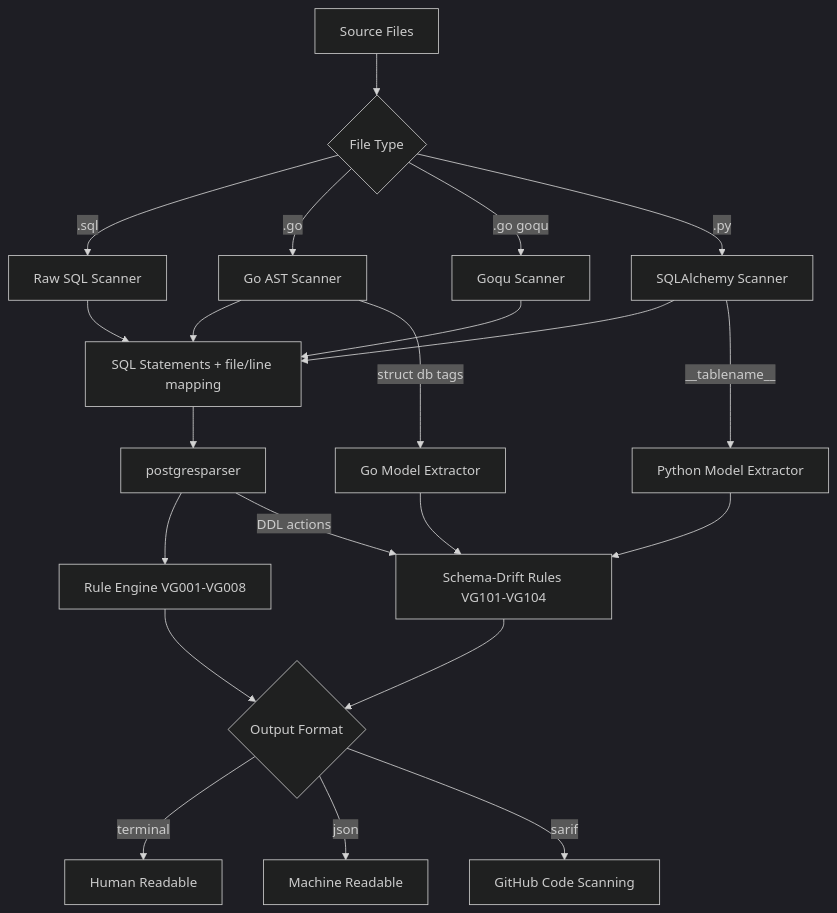
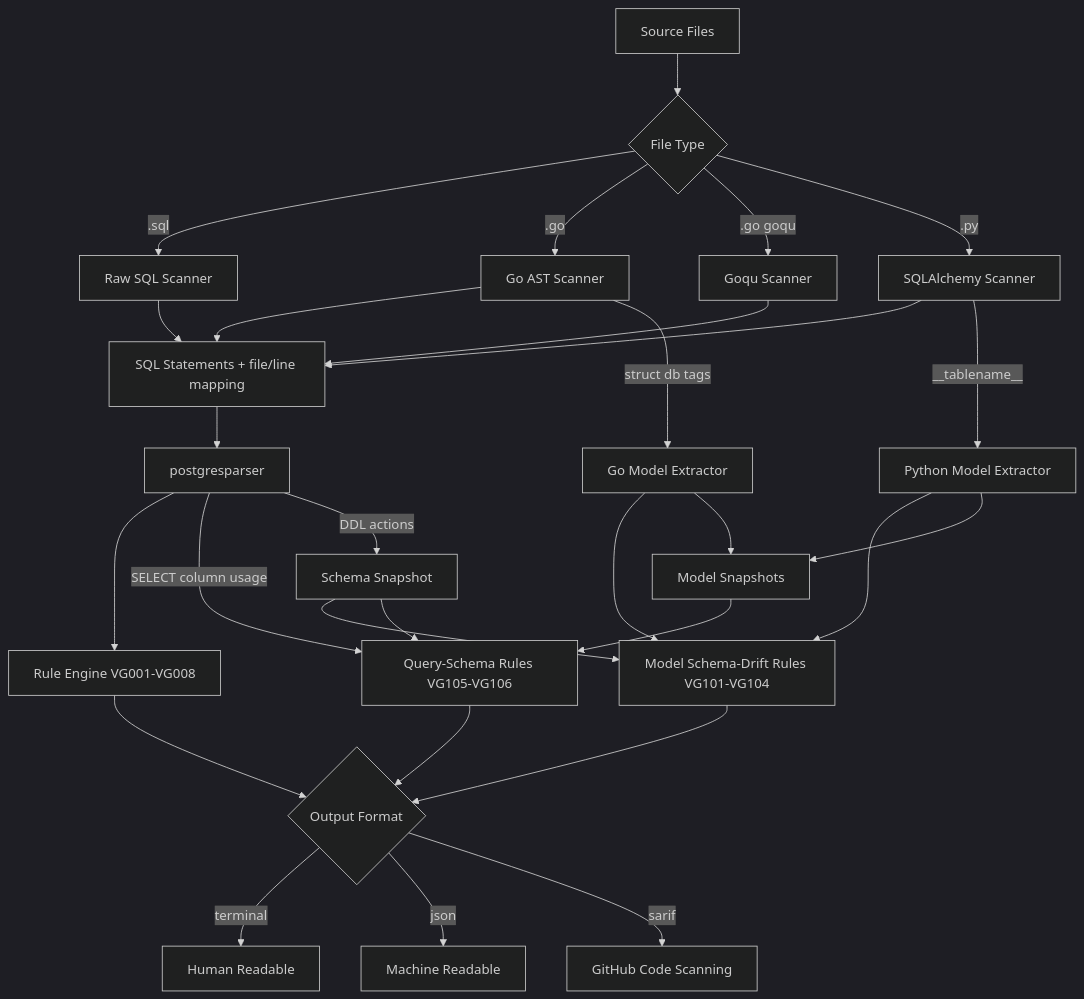
Before and after one commit to ValkDB/valk-guard: the diagram in README.md, drawn with Mermaid (dark theme). The commit also changed other lines of this file and 9 other files, not shown here.

````diff
--- a/README.md
+++ b/README.md
@@ -220,27 +236,34 @@
 ```mermaid
 graph TD
     A[Source Files] --> B{File Type}
     B -->|.sql| C[Raw SQL Scanner]
     B -->|.go| D[Go AST Scanner]
     B -->|.go goqu| E[Goqu Scanner]
     B -->|.py| F[SQLAlchemy Scanner]
 
     C --> G[SQL Statements + file/line mapping]
     D --> G
     E --> G
     F --> G
 
     G --> H[postgresparser]
     H --> I[Rule Engine VG001-VG008]
+    H -->|SELECT column usage| Q[Query-Schema Rules VG105-VG106]
 
     D -->|struct db tags| N[Go Model Extractor]
     F -->|__tablename__| O[Python Model Extractor]
-    N --> P[Schema-Drift Rules VG101-VG104]
+    N --> P[Model Schema-Drift Rules VG101-VG104]
     O --> P
-    H -->|DDL actions| P
+    H -->|DDL actions| S[Schema Snapshot]
+    N --> T[Model Snapshots]
+    O --> T
+    S --> P
+    S --> Q
+    T --> Q
+    Q --> J
     P --> J
     I --> J{Output Format}
     J -->|terminal| K[Human Readable]
     J -->|json| L[Machine Readable]
     J -->|sarif| M[GitHub Code Scanning]
 ```
````
